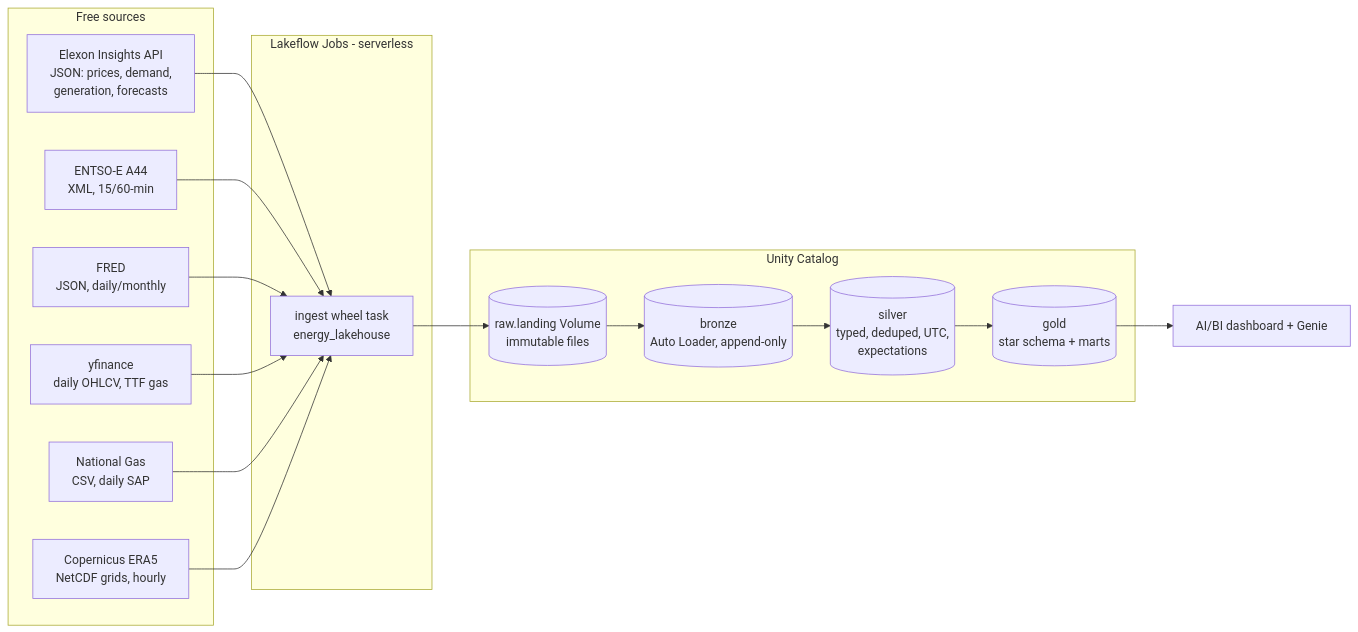
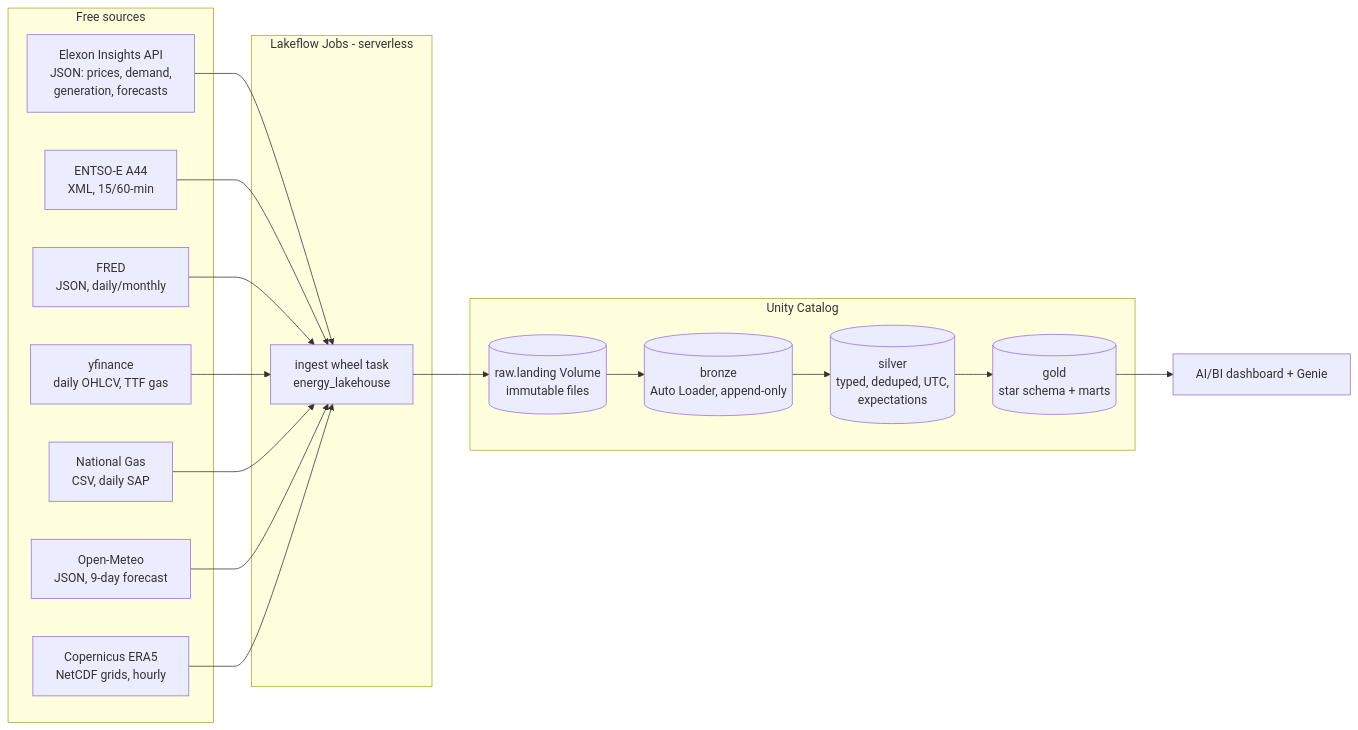
Before and after one commit to CodeWithBureh/energy-markets-lakehouse: the diagram in README.md, drawn with Mermaid. The commit also changed other lines of this file and 11 other files, not shown here.

First line of the commit message:
Week-ahead outlook: NDFD, Open-Meteo wind forecast and a daily price report

````diff
--- a/README.md
+++ b/README.md
@@ -11,22 +11,23 @@
 ```mermaid
 flowchart LR
   subgraph Sources[Free sources]
     E[Elexon Insights API<br/>JSON: prices, demand,<br/>generation, forecasts]
     X[ENTSO-E A44<br/>XML, 15/60-min]
     F[FRED<br/>JSON, daily/monthly]
     S[yfinance<br/>daily OHLCV, TTF gas]
     NG[National Gas<br/>CSV, daily SAP]
+    OM[Open-Meteo<br/>JSON, 9-day forecast]
     W[Copernicus ERA5<br/>NetCDF grids, hourly]
   end
   subgraph Jobs[Lakeflow Jobs - serverless]
     I[ingest wheel task<br/>energy_lakehouse]
   end
   subgraph UC[Unity Catalog]
     L[(raw.landing Volume<br/>immutable files)]
     B[(bronze<br/>Auto Loader, append-only)]
     SV[(silver<br/>typed, deduped, UTC,<br/>expectations)]
     G[(gold<br/>star schema + marts)]
   end
   D[AI/BI dashboard + Genie]
-  E & X & F & S & NG & W --> I --> L --> B --> SV --> G --> D
+  E & X & F & S & NG & OM & W --> I --> L --> B --> SV --> G --> D
 ```
````
